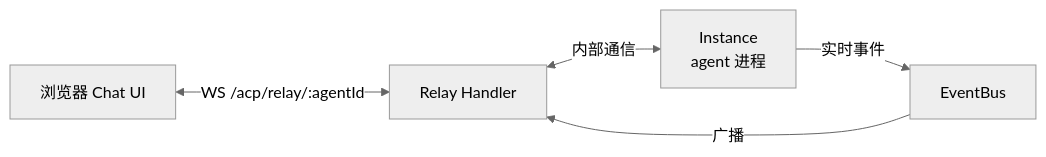
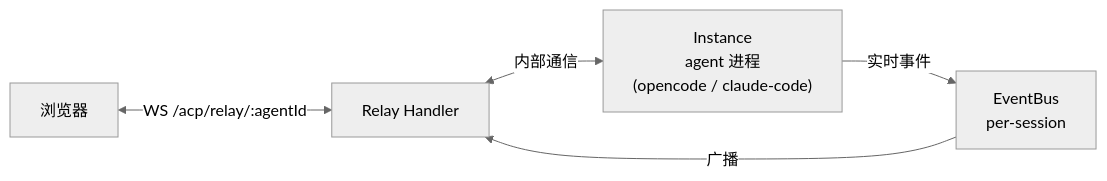
Before and after one commit to HuangPuStar/FenixAgent: the first of 4 diagrams in docs/arch/05-chat.md, drawn with Mermaid (neutral theme). The commit also changed other lines of this file and 5 other files, not shown here.

First line of the commit message:
docs(arch): acp-link 概念收缩 + Agent 界面重写 + 资源注入

````diff
--- a/docs/arch/05-chat.md
+++ b/docs/arch/05-chat.md
@@ -13,7 +34,7 @@
 ```mermaid
 flowchart LR
-    B["浏览器 Chat UI"] <-->|"WS /acp/relay/:agentId"| R["Relay Handler"]
-    R <-->|"内部通信"| I["Instance<br/>agent 进程"]
-    I -->|"实时事件"| EB["EventBus"]
+    B["浏览器"] <-->|"WS /acp/relay/:agentId"| R["Relay Handler"]
+    R <-->|"内部通信"| I["Instance<br/>agent 进程<br/>(opencode / claude-code)"]
+    I -->|"实时事件"| EB["EventBus<br/>per-session"]
     EB -->|"广播"| R
 ```
````
